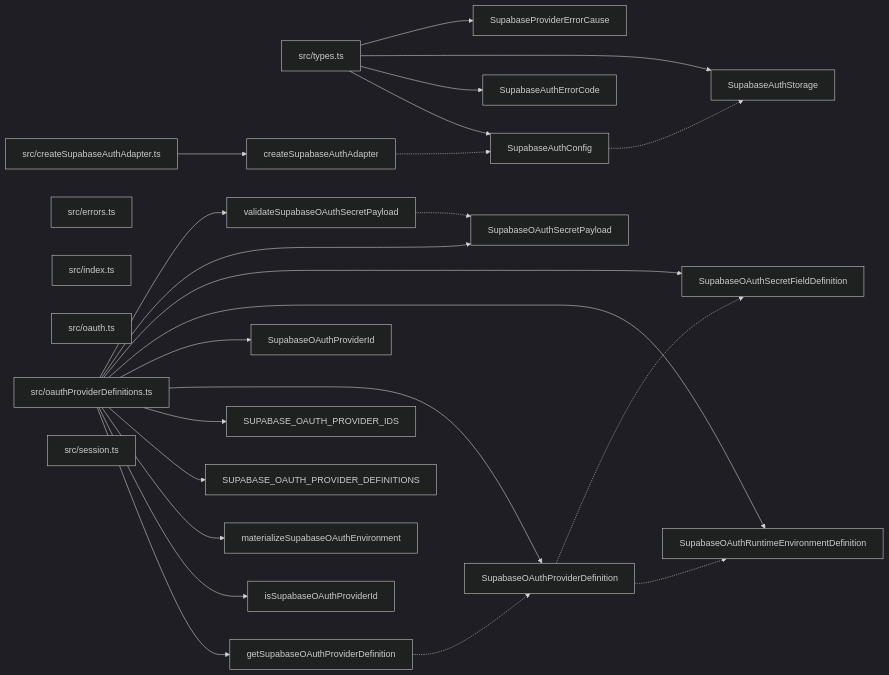
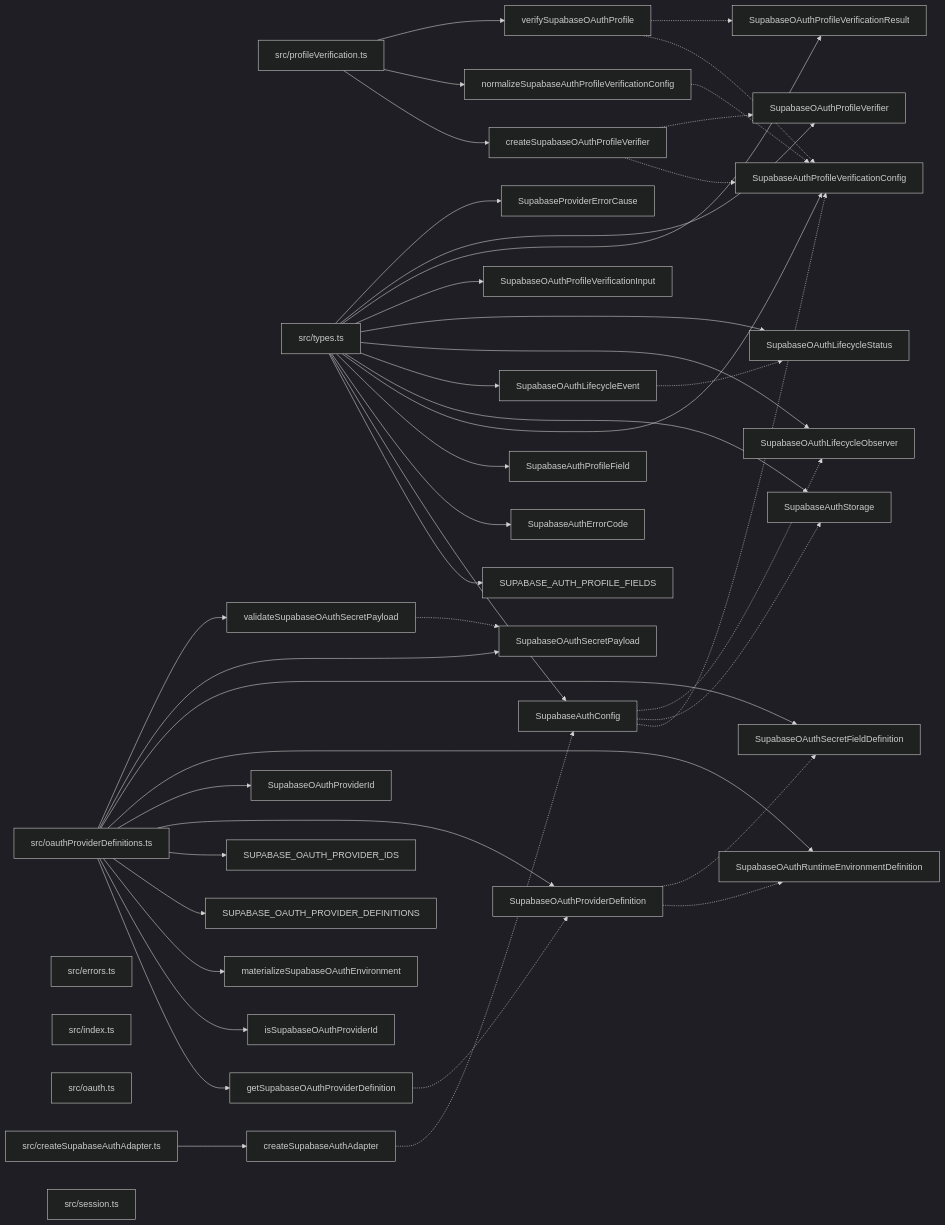
The diagram in paradox/diagrams/export-graph.mmd (ankhorage/supabase-auth), drawn with Mermaid (dark theme) before and after one commit. The commit also changed 11 other files, not shown here.

```diff
--- a/paradox/diagrams/export-graph.mmd
+++ b/paradox/diagrams/export-graph.mmd
@@ -1,46 +1,79 @@
 graph LR
   module_src_createSupabaseAuthAdapter_ts["src/createSupabaseAuthAdapter.ts"]
   module_src_errors_ts["src/errors.ts"]
   module_src_index_ts["src/index.ts"]
   module_src_oauth_ts["src/oauth.ts"]
   module_src_oauthProviderDefinitions_ts["src/oauthProviderDefinitions.ts"]
+  module_src_profileVerification_ts["src/profileVerification.ts"]
   module_src_session_ts["src/session.ts"]
   module_src_types_ts["src/types.ts"]
   export_createSupabaseAuthAdapter["createSupabaseAuthAdapter"]
   module_src_createSupabaseAuthAdapter_ts --> export_createSupabaseAuthAdapter
   export_createSupabaseAuthAdapter -.-> export_SupabaseAuthConfig
+  export_createSupabaseOAuthProfileVerifier["createSupabaseOAuthProfileVerifier"]
+  module_src_profileVerification_ts --> export_createSupabaseOAuthProfileVerifier
+  export_createSupabaseOAuthProfileVerifier -.-> export_SupabaseAuthProfileVerificationConfig
+  export_createSupabaseOAuthProfileVerifier -.-> export_SupabaseOAuthProfileVerifier
   export_getSupabaseOAuthProviderDefinition["getSupabaseOAuthProviderDefinition"]
   module_src_oauthProviderDefinitions_ts --> export_getSupabaseOAuthProviderDefinition
   export_getSupabaseOAuthProviderDefinition -.-> export_SupabaseOAuthProviderDefinition
   export_isSupabaseOAuthProviderId["isSupabaseOAuthProviderId"]
   module_src_oauthProviderDefinitions_ts --> export_isSupabaseOAuthProviderId
   export_materializeSupabaseOAuthEnvironment["materializeSupabaseOAuthEnvironment"]
   module_src_oauthProviderDefinitions_ts --> export_materializeSupabaseOAuthEnvironment
+  export_normalizeSupabaseAuthProfileVerificationConfig["normalizeSupabaseAuthProfileVerificationConfig"]
+  module_src_profileVerification_ts --> export_normalizeSupabaseAuthProfileVerificationConfig
+  export_normalizeSupabaseAuthProfileVerificationConfig -.-> export_SupabaseAuthProfileVerificationConfig
+  export_SUPABASE_AUTH_PROFILE_FIELDS["SUPABASE_AUTH_PROFILE_FIELDS"]
+  module_src_types_ts --> export_SUPABASE_AUTH_PROFILE_FIELDS
   export_SUPABASE_OAUTH_PROVIDER_DEFINITIONS["SUPABASE_OAUTH_PROVIDER_DEFINITIONS"]
   module_src_oauthProviderDefinitions_ts --> export_SUPABASE_OAUTH_PROVIDER_DEFINITIONS
   export_SUPABASE_OAUTH_PROVIDER_IDS["SUPABASE_OAUTH_PROVIDER_IDS"]
   module_src_oauthProviderDefinitions_ts --> export_SUPABASE_OAUTH_PROVIDER_IDS
   export_SupabaseAuthConfig["SupabaseAuthConfig"]
   module_src_types_ts --> export_SupabaseAuthConfig
+  export_SupabaseAuthConfig -.-> export_SupabaseAuthProfileVerificationConfig
   export_SupabaseAuthConfig -.-> export_SupabaseAuthStorage
+  export_SupabaseAuthConfig -.-> export_SupabaseOAuthLifecycleObserver
   export_SupabaseAuthErrorCode["SupabaseAuthErrorCode"]
   module_src_types_ts --> export_SupabaseAuthErrorCode
+  export_SupabaseAuthProfileField["SupabaseAuthProfileField"]
+  module_src_types_ts --> export_SupabaseAuthProfileField
+  export_SupabaseAuthProfileVerificationConfig["SupabaseAuthProfileVerificationConfig"]
+  module_src_types_ts --> export_SupabaseAuthProfileVerificationConfig
   export_SupabaseAuthStorage["SupabaseAuthStorage"]
   module_src_types_ts --> export_SupabaseAuthStorage
+  export_SupabaseOAuthLifecycleEvent["SupabaseOAuthLifecycleEvent"]
+  module_src_types_ts --> export_SupabaseOAuthLifecycleEvent
+  export_SupabaseOAuthLifecycleEvent -.-> export_SupabaseOAuthLifecycleStatus
+  export_SupabaseOAuthLifecycleObserver["SupabaseOAuthLifecycleObserver"]
+  module_src_types_ts --> export_SupabaseOAuthLifecycleObserver
+  export_SupabaseOAuthLifecycleStatus["SupabaseOAuthLifecycleStatus"]
+  module_src_types_ts --> export_SupabaseOAuthLifecycleStatus
+  export_SupabaseOAuthProfileVerificationInput["SupabaseOAuthProfileVerificationInput"]
+  module_src_types_ts --> export_SupabaseOAuthProfileVerificationInput
+  export_SupabaseOAuthProfileVerificationResult["SupabaseOAuthProfileVerificationResult"]
+  module_src_types_ts --> export_SupabaseOAuthProfileVerificationResult
+  export_SupabaseOAuthProfileVerifier["SupabaseOAuthProfileVerifier"]
+  module_src_types_ts --> export_SupabaseOAuthProfileVerifier
   export_SupabaseOAuthProviderDefinition["SupabaseOAuthProviderDefinition"]
   module_src_oauthProviderDefinitions_ts --> export_SupabaseOAuthProviderDefinition
   export_SupabaseOAuthProviderDefinition -.-> export_SupabaseOAuthRuntimeEnvironmentDefinition
   export_SupabaseOAuthProviderDefinition -.-> export_SupabaseOAuthSecretFieldDefinition
   export_SupabaseOAuthProviderId["SupabaseOAuthProviderId"]
   module_src_oauthProviderDefinitions_ts --> export_SupabaseOAuthProviderId
   export_SupabaseOAuthRuntimeEnvironmentDefinition["SupabaseOAuthRuntimeEnvironmentDefinition"]
   module_src_oauthProviderDefinitions_ts --> export_SupabaseOAuthRuntimeEnvironmentDefinition
   export_SupabaseOAuthSecretFieldDefinition["SupabaseOAuthSecretFieldDefinition"]
   module_src_oauthProviderDefinitions_ts --> export_SupabaseOAuthSecretFieldDefinition
   export_SupabaseOAuthSecretPayload["SupabaseOAuthSecretPayload"]
   module_src_oauthProviderDefinitions_ts --> export_SupabaseOAuthSecretPayload
   export_SupabaseProviderErrorCause["SupabaseProviderErrorCause"]
   module_src_types_ts --> export_SupabaseProviderErrorCause
   export_validateSupabaseOAuthSecretPayload["validateSupabaseOAuthSecretPayload"]
   module_src_oauthProviderDefinitions_ts --> export_validateSupabaseOAuthSecretPayload
   export_validateSupabaseOAuthSecretPayload -.-> export_SupabaseOAuthSecretPayload
+  export_verifySupabaseOAuthProfile["verifySupabaseOAuthProfile"]
+  module_src_profileVerification_ts --> export_verifySupabaseOAuthProfile
+  export_verifySupabaseOAuthProfile -.-> export_SupabaseAuthProfileVerificationConfig
+  export_verifySupabaseOAuthProfile -.-> export_SupabaseOAuthProfileVerificationResult
```
